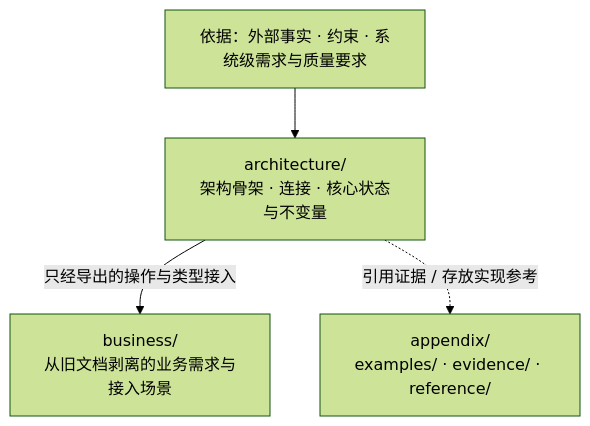
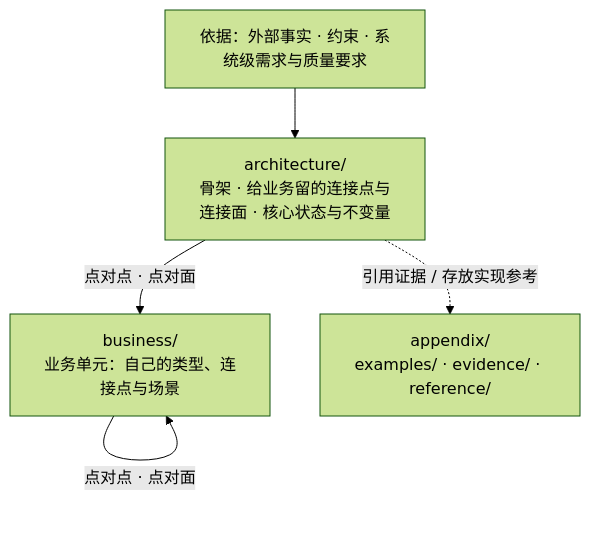
One commit to mouriya-s-lab/SSoT changed the diagram in README.md. Above: the diagram before and after it, drawn with Mermaid (forest theme). The commit also changed other lines of this file and 9 other files, not shown here.

First line of the commit message:
Separate skeleton from architecture; give business its own abstractions

````diff
--- a/README.md
+++ b/README.md
@@ -21,6 +21,7 @@
 ```mermaid
 flowchart TB
-    G["依据：外部事实 · 约束 · 系统级需求与质量要求"] --> A["architecture/<br/>架构骨架 · 连接 · 核心状态与不变量"]
-    A -->|"只经导出的操作与类型接入"| B["business/<br/>从旧文档剥离的业务需求与接入场景"]
+    G["依据：外部事实 · 约束 · 系统级需求与质量要求"] --> A["architecture/<br/>骨架 · 给业务留的连接点与连接面 · 核心状态与不变量"]
+    A -->|"点对点 · 点对面"| B["business/<br/>业务单元：自己的类型、连接点与场景"]
+    B -->|"点对点 · 点对面"| B
     A -.->|"引用证据 / 存放实现参考"| X["appendix/<br/>examples/ · evidence/ · reference/"]
 ```
````
